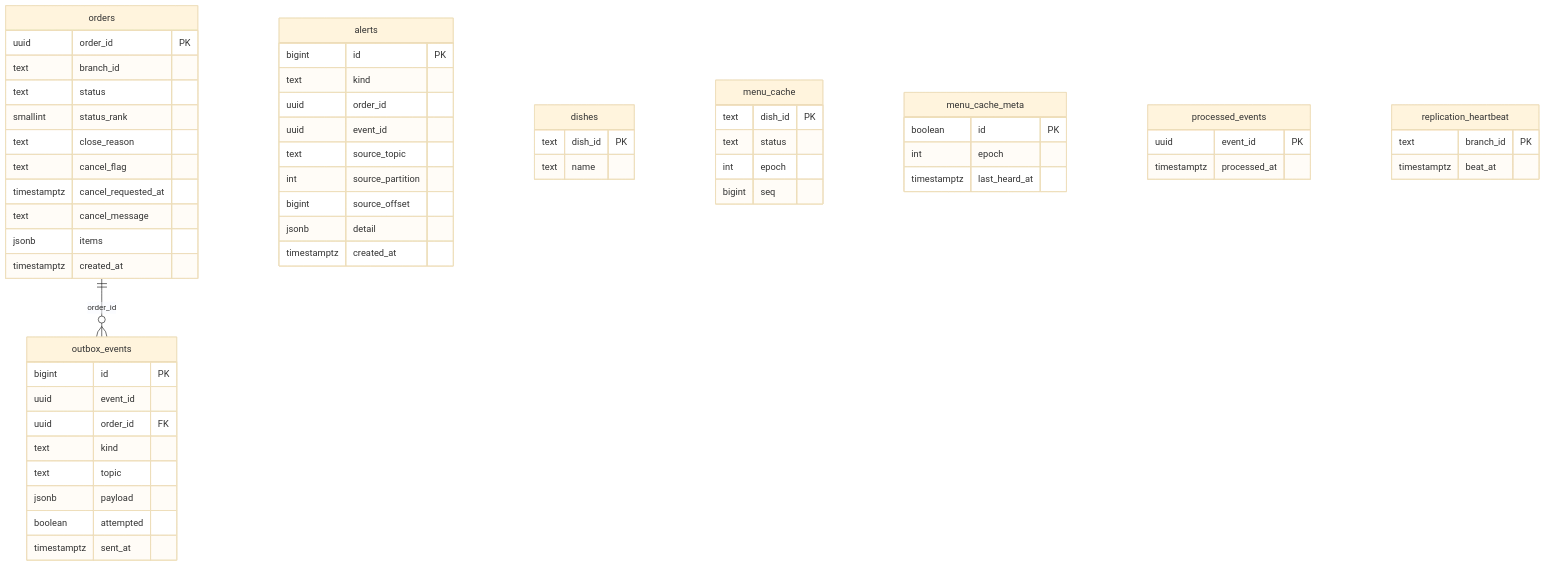
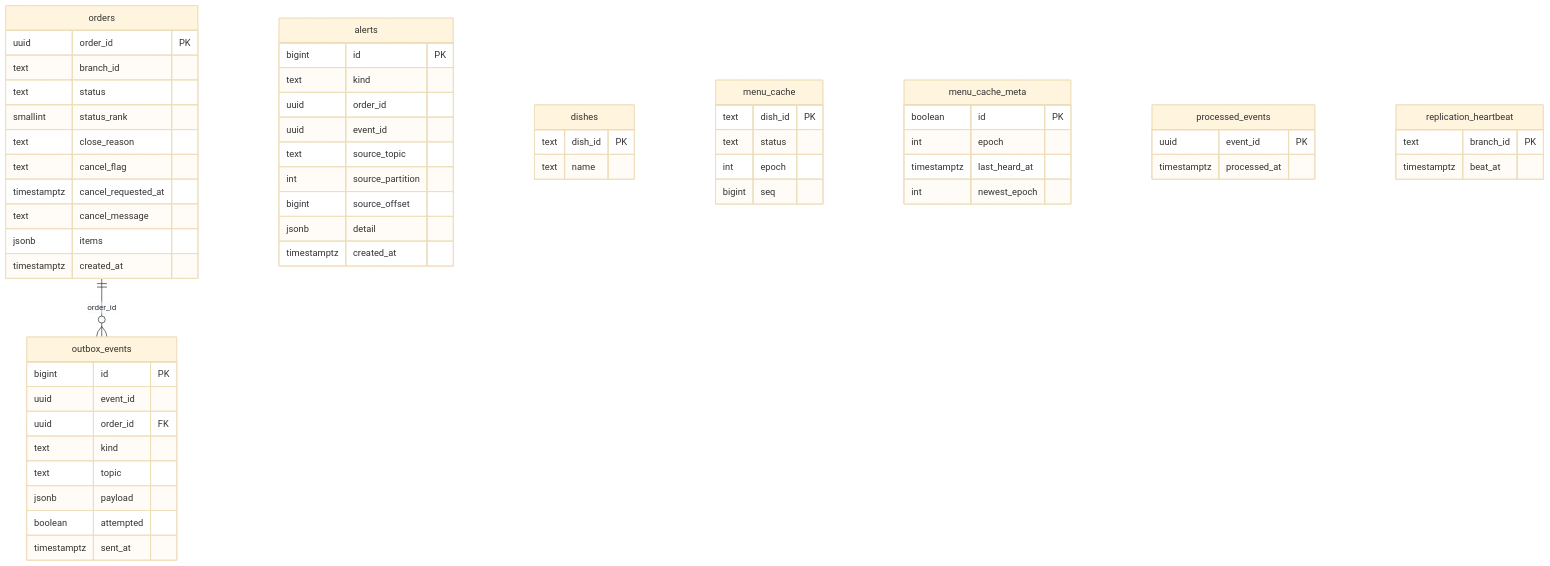
The third of 4 diagrams in report/generated/csdl.md (congdtptit/distributed-order-system), drawn with Mermaid (base theme) before and after one commit. The commit also changed other lines of this file and 18 other files, not shown here.

````diff
--- a/report/generated/csdl.md
+++ b/report/generated/csdl.md
@@ -284,60 +284,61 @@
 ```mermaid
 erDiagram
     orders ||--o{ outbox_events : "order_id"
     alerts {
         bigint id PK
         text kind
         uuid order_id
         uuid event_id
         text source_topic
         int source_partition
         bigint source_offset
         jsonb detail
         timestamptz created_at
     }
     dishes {
         text dish_id PK
         text name
     }
     menu_cache {
         text dish_id PK
         text status
         int epoch
         bigint seq
     }
     menu_cache_meta {
         boolean id PK
         int epoch
         timestamptz last_heard_at
+        int newest_epoch
     }
     orders {
         uuid order_id PK
         text branch_id
         text status
         smallint status_rank
         text close_reason
         text cancel_flag
         timestamptz cancel_requested_at
         text cancel_message
         jsonb items
         timestamptz created_at
     }
     outbox_events {
         bigint id PK
         uuid event_id
         uuid order_id FK
         text kind
         text topic
         jsonb payload
         boolean attempted
         timestamptz sent_at
     }
     processed_events {
         uuid event_id PK
         timestamptz processed_at
     }
     replication_heartbeat {
         text branch_id PK
         timestamptz beat_at
     }
 ```
````
